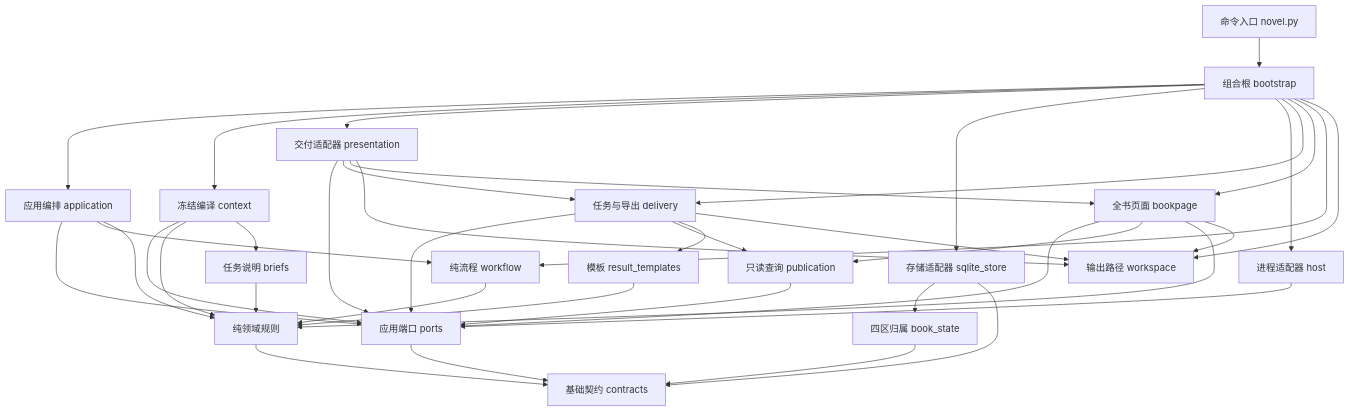
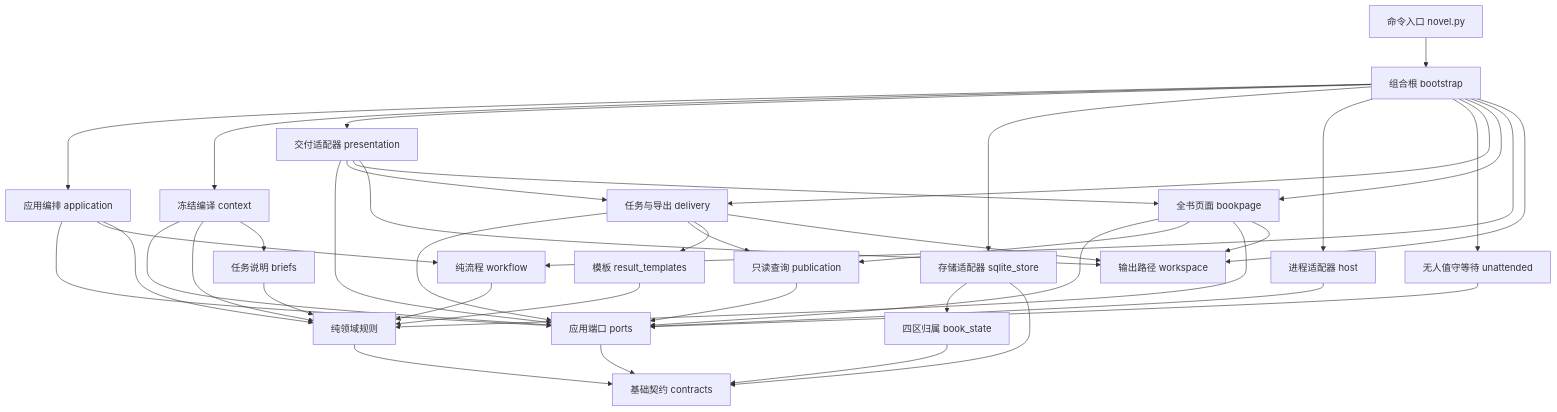
The diagram in README.md (longwenid/novel-ledger), drawn with Mermaid before and after one commit. The commit also changed other lines of this file and 27 other files, not shown here.

Commit message:
按会话分析落地七项修复：正文机械判据（跨章查重/体例/西文残留，lint）、watch 无人值守事件循环（等待与续租入引擎进程）、chapter_review 判据集收窄（声明表+按需投递）、返修收敛守卫（同意见两次复发即停，repair-stalled 停止点）、PIPELINE_SHAPES 档位化管线（微型档单卷合并骨架/卷设计）、结构化账目块（ledger 四则验算+跨工件同键同值）、发现回流探针；文档与架构图同步，全量 439 项通过

````diff
--- a/README.md
+++ b/README.md
@@ -29,41 +29,43 @@
 ```mermaid
 flowchart TD
     CLI[命令入口 novel.py] --> BOOT[组合根 bootstrap]
     BOOT --> APP[应用编排 application]
     BOOT --> CTX[冻结编译 context]
     BOOT --> VIEW[交付适配器 presentation]
     BOOT --> SQL[存储适配器 sqlite_store]
     BOOT --> HOST[进程适配器 host]
+    BOOT --> WATCH[无人值守等待 unattended]
     BOOT --> DEL
     BOOT --> PAGE
     BOOT --> WF
     BOOT --> WS[输出路径 workspace]
     APP --> PORT[应用端口 ports]
     APP --> WF[纯流程 workflow]
     APP --> DOMAIN[纯领域规则]
     CTX --> PORT
     CTX --> DOMAIN
     CTX --> BRIEF[任务说明 briefs]
     BRIEF --> DOMAIN
     WF --> DOMAIN
     VIEW --> PORT
     VIEW --> DEL[任务与导出 delivery]
     VIEW --> PAGE[全书页面 bookpage]
     VIEW --> WS
     DEL --> PORT
     DEL --> PUB[只读查询 publication]
     DEL --> TPL[模板 result_templates]
     DEL --> WS
     PAGE --> PORT
     PAGE --> PUB
     PAGE --> DOMAIN
     PAGE --> WS
     TPL --> DOMAIN
     PUB --> PORT
     SQL --> BS[四区归属 book_state]
     SQL --> C[基础契约 contracts]
     HOST --> PORT
+    WATCH --> PORT
     PORT --> C
     BS --> C
     DOMAIN --> C
 ```
````
